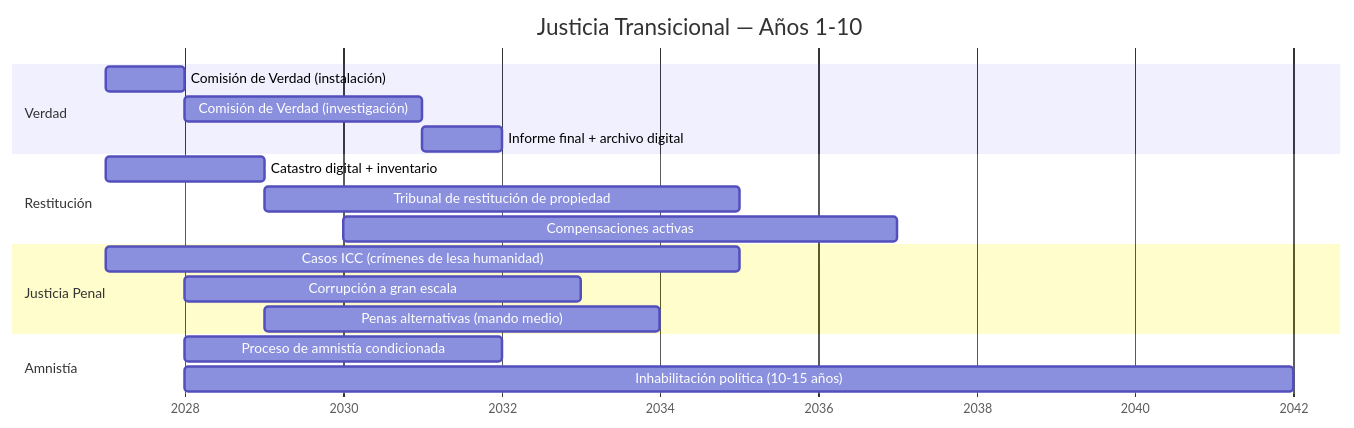
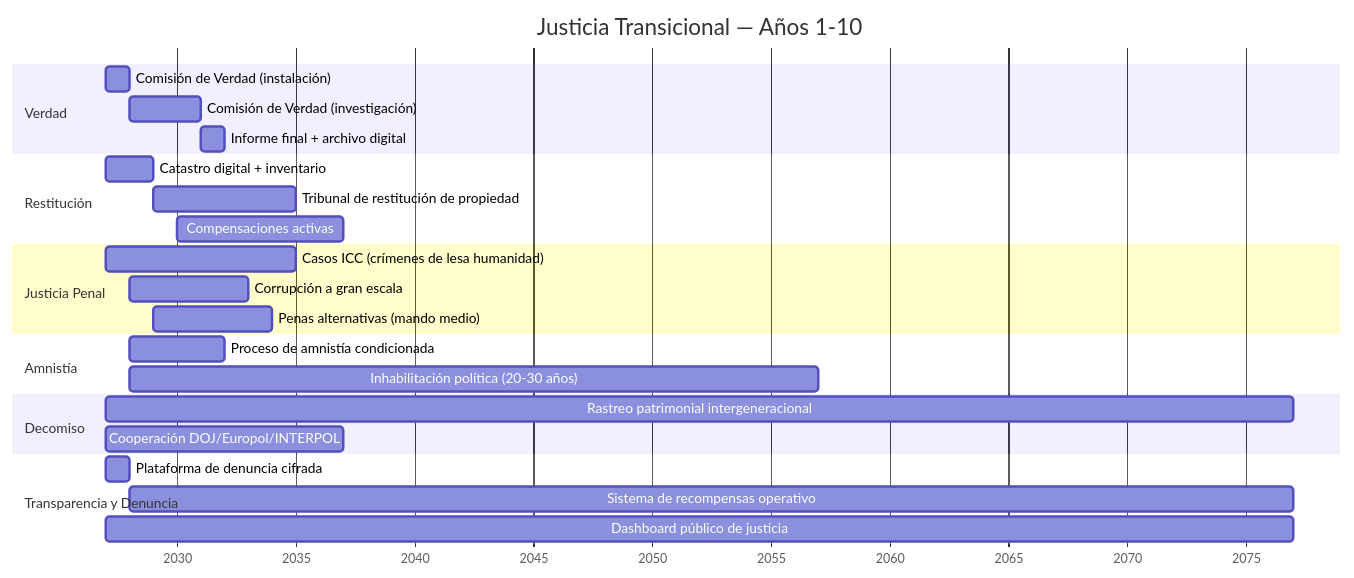
The third of 3 diagrams in docs/04-gobernanza/justicia-transicional.md (Venezuela-S-A/venezuela-sa), drawn with Mermaid before and after one commit. The commit also changed other lines of this file and 10 other files, not shown here.

````diff
--- a/docs/04-gobernanza/justicia-transicional.md
+++ b/docs/04-gobernanza/justicia-transicional.md
@@ -112,25 +245,34 @@
 ```mermaid
 gantt
     title Justicia Transicional — Años 1-10
     dateFormat YYYY
     axisFormat %Y
 
     section Verdad
     Comisión de Verdad (instalación)        :a1, 2027, 2028
     Comisión de Verdad (investigación)      :a2, 2028, 2031
     Informe final + archivo digital         :a3, 2031, 2032
 
     section Restitución
     Catastro digital + inventario            :b1, 2027, 2029
     Tribunal de restitución de propiedad     :b2, 2029, 2035
     Compensaciones activas                   :b3, 2030, 2037
 
     section Justicia Penal
     Casos ICC (crímenes de lesa humanidad)   :c1, 2027, 2035
     Corrupción a gran escala                 :c2, 2028, 2033
     Penas alternativas (mando medio)         :c3, 2029, 2034
 
     section Amnistía
     Proceso de amnistía condicionada         :d1, 2028, 2032
-    Inhabilitación política (10-15 años)     :d2, 2028, 2042
+    Inhabilitación política (20-30 años)     :d2, 2028, 2057
+
+    section Decomiso
+    Rastreo patrimonial intergeneracional    :e1, 2027, 2077
+    Cooperación DOJ/Europol/INTERPOL        :e2, 2027, 2037
+
+    section Transparencia y Denuncia
+    Plataforma de denuncia cifrada           :f1, 2027, 2028
+    Sistema de recompensas operativo         :f2, 2028, 2077
+    Dashboard público de justicia            :f3, 2027, 2077
 ```
````
